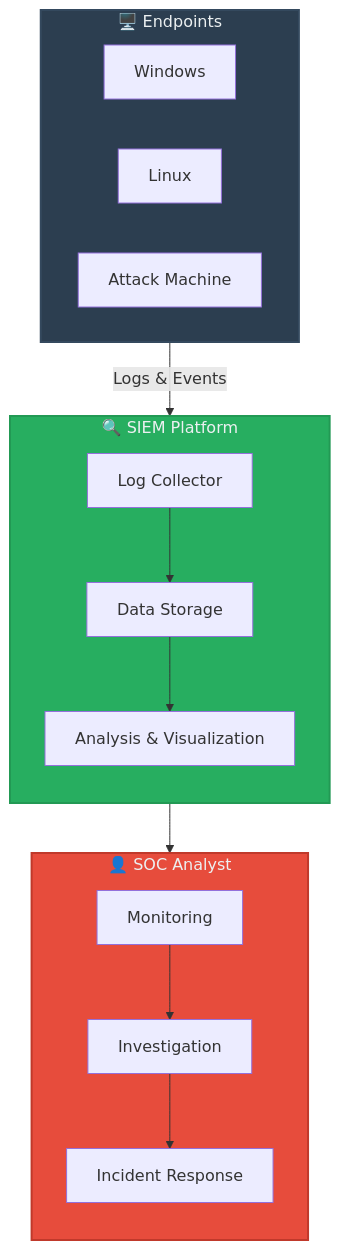
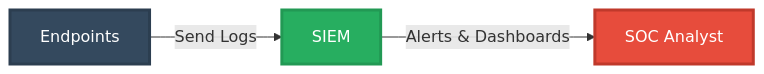
The diagram in README.md (0xMart/Homelab-SOC), drawn with Mermaid before and after one commit.

````diff
--- a/README.md
+++ b/README.md
@@ -5,34 +5,9 @@
 ```mermaid
-flowchart TB
-    subgraph endpoints["🖥️ Endpoints"]
-        direction LR
-        win["Windows"]
-        linux["Linux"]
-        kali["Attack Machine"]
-    end
-
-    subgraph siem["🔍 SIEM Platform"]
-        direction TB
-        collector["Log Collector"]
-        storage["Data Storage"]
-        analysis["Analysis & Visualization"]
-    end
-
-    subgraph soc["👤 SOC Analyst"]
-        direction TB
-        monitoring["Monitoring"]
-        investigation["Investigation"]
-        response["Incident Response"]
-    end
-
-    endpoints -->|Logs & Events| collector
-    collector --> storage
-    storage --> analysis
-    analysis --> monitoring
-    monitoring --> investigation
-    investigation --> response
-
-    style endpoints fill:#2c3e50,stroke:#34495e,stroke-width:2px,color:#ecf0f1
-    style siem fill:#27ae60,stroke:#229954,stroke-width:2px,color:#ecf0f1
-    style soc fill:#e74c3c,stroke:#c0392b,stroke-width:2px,color:#ecf0f1
+flowchart LR
+    A[Endpoints] -->|Send Logs| B[SIEM]
+    B -->|Alerts & Dashboards| C[SOC Analyst]
+    
+    style A fill:#34495e,stroke:#2c3e50,stroke-width:3px,color:#fff
+    style B fill:#27ae60,stroke:#229954,stroke-width:3px,color:#fff
+    style C fill:#e74c3c,stroke:#c0392b,stroke-width:3px,color:#fff
 ```
````
